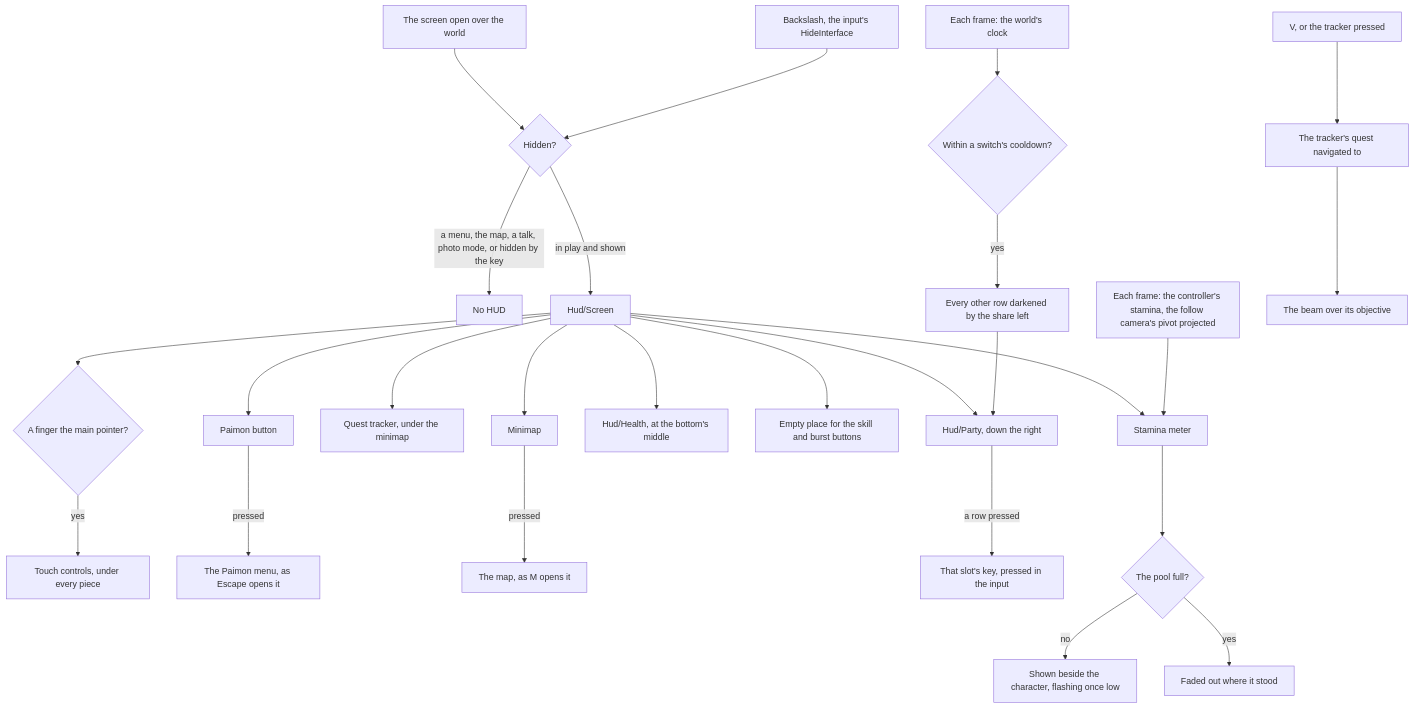
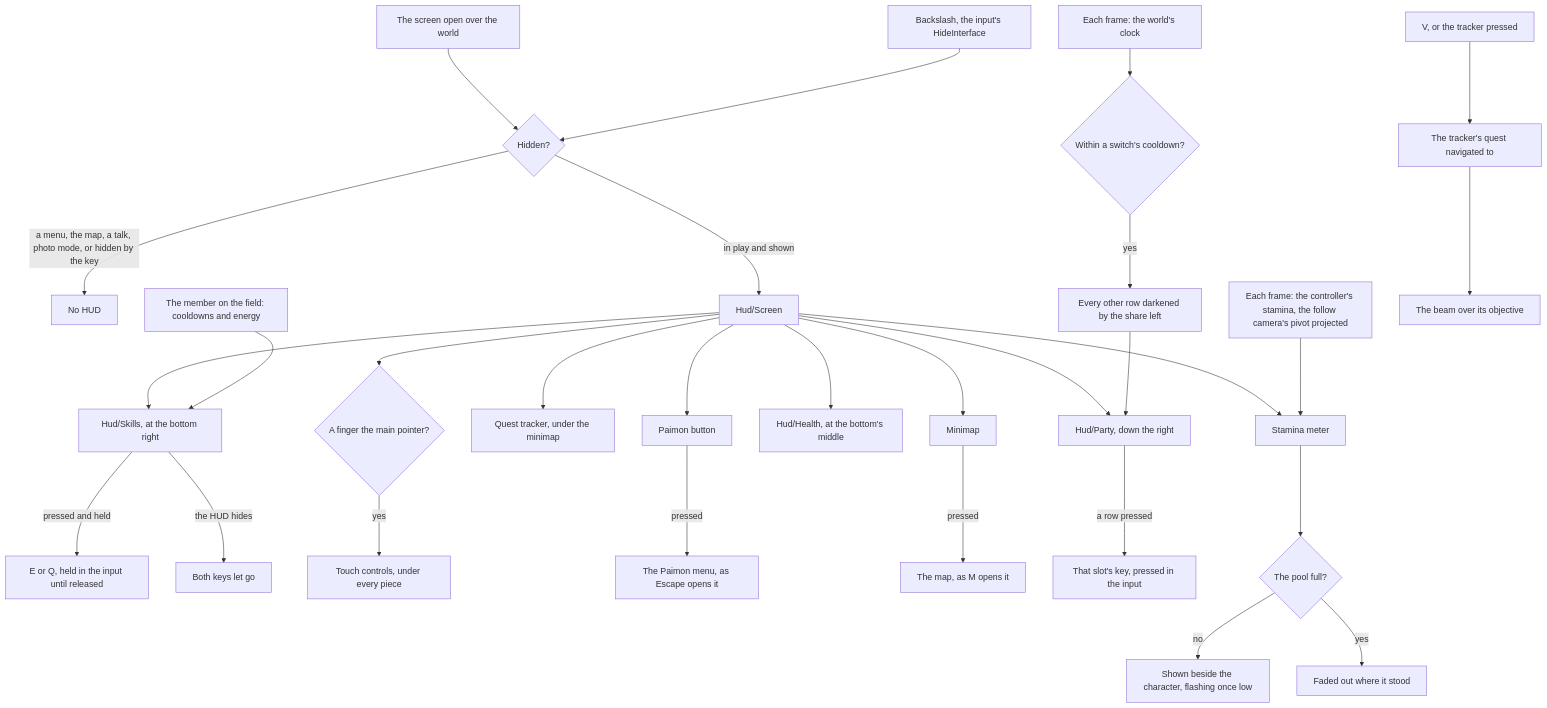
One commit to Esposter/Esposter changed the diagram in apps/web/content/docs/genshin/hud.md. Above: the diagram before and after it, drawn with Mermaid. The commit also changed other lines of this file and 10 other files, not shown here.

````diff
--- a/apps/web/content/docs/genshin/hud.md
+++ b/apps/web/content/docs/genshin/hud.md
@@ -12,28 +12,31 @@
 ```mermaid
 flowchart TD
   KIND["The screen open over the world"] --> HIDDEN{"Hidden?"}
   KEY["Backslash, the input's HideInterface"] --> HIDDEN
   HIDDEN -->|"a menu, the map, a talk, photo mode, or hidden by the key"| NONE["No HUD"]
   HIDDEN -->|"in play and shown"| HUD["Hud/Screen"]
   HUD --> PB["Paimon button"]
   HUD --> MINI["Minimap"]
   HUD --> TRACKER["Quest tracker, under the minimap"]
   HUD --> PARTY["Hud/Party, down the right"]
   HUD --> HEALTH["Hud/Health, at the bottom's middle"]
-  HUD --> SLOTS["Empty place for the skill and burst buttons"]
+  HUD --> SKILLS["Hud/Skills, at the bottom right"]
+  FIELD["The member on the field: cooldowns and energy"] --> SKILLS
+  SKILLS -->|"pressed and held"| KEYS["E or Q, held in the input until released"]
+  SKILLS -->|"the HUD hides"| RELEASE["Both keys let go"]
   HUD --> STAMINA["Stamina meter"]
   HUD --> TOUCH{"A finger the main pointer?"}
   TOUCH -->|"yes"| CONTROLS["Touch controls, under every piece"]
   PB -->|"pressed"| MENU["The Paimon menu, as Escape opens it"]
   MINI -->|"pressed"| MAP["The map, as M opens it"]
   CLOCK["Each frame: the world's clock"] --> SWITCH{"Within a switch's cooldown?"}
   SWITCH -->|"yes"| DARK["Every other row darkened by the share left"]
   DARK --> PARTY
   PARTY -->|"a row pressed"| SLOT["That slot's key, pressed in the input"]
   FRAME["Each frame: the controller's stamina, the follow camera's pivot projected"] --> STAMINA
   STAMINA --> FULL{"The pool full?"}
   FULL -->|"no"| SHOWN["Shown beside the character, flashing once low"]
   FULL -->|"yes"| FADE["Faded out where it stood"]
   V["V, or the tracker pressed"] --> NAVIGATE["The tracker's quest navigated to"]
   NAVIGATE --> BEAM["The beam over its objective"]
 ```
````
